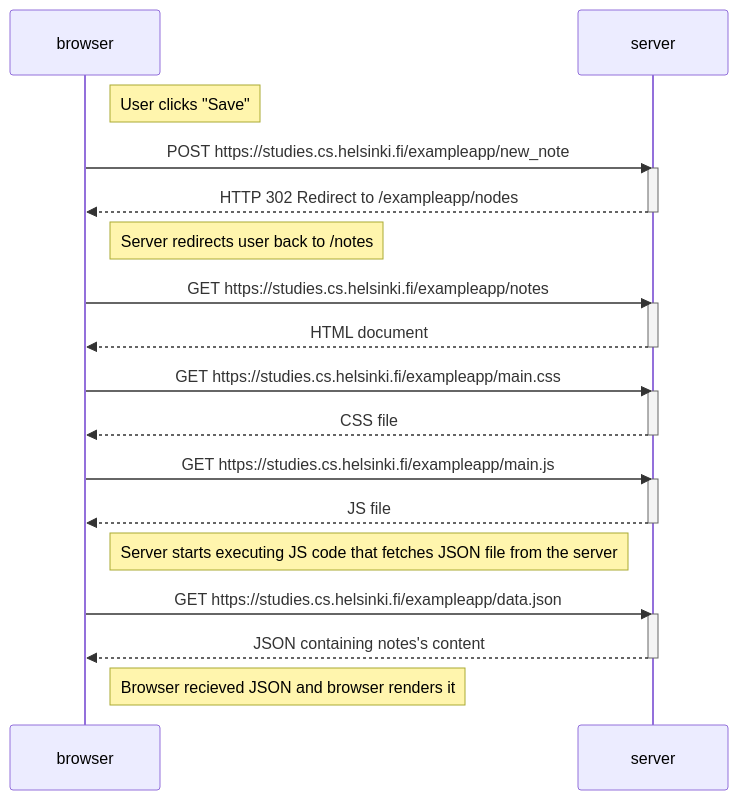
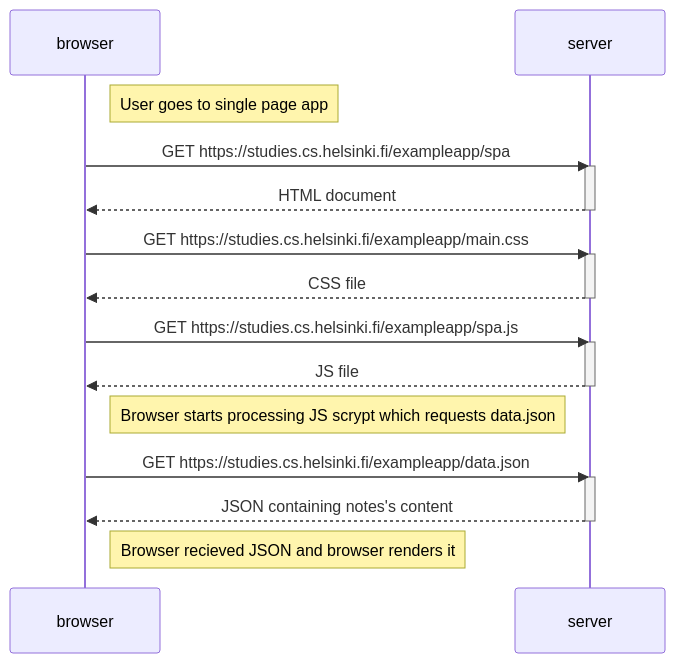
The diagram in part0/0.5_single_page_app_diagram.md (1lu4d/fullstack-open), drawn with Mermaid before and after one commit. The commit also changed 1 other file, not shown here.

Commit message:
PART0: 6 SPA note made Diagram

````diff
--- a/part0/0.5_single_page_app_diagram.md
+++ b/part0/0.5_single_page_app_diagram.md
@@ -1,38 +2,31 @@
 ```mermaid
 sequenceDiagram
     participant browser
     participant server
 
-    Note right of browser: User clicks "Save" 
+    Note right of browser: User goes to single page app
 
-    browser ->>server: POST https://studies.cs.helsinki.fi/exampleapp/new_note
-    activate server
-    server-->>browser: HTTP 302 Redirect to /exampleapp/nodes
-    deactivate server
-
-    Note right of browser: Server redirects user back to /notes
-
-    browser->>server: GET https://studies.cs.helsinki.fi/exampleapp/notes
+    browser ->>server: GET https://studies.cs.helsinki.fi/exampleapp/spa
     activate server
     server-->>browser: HTML document
     deactivate server
 
     browser->>server: GET https://studies.cs.helsinki.fi/exampleapp/main.css
     activate server
     server-->>browser: CSS file
     deactivate server
 
-    browser->>server: GET https://studies.cs.helsinki.fi/exampleapp/main.js
+    browser->>server: GET https://studies.cs.helsinki.fi/exampleapp/spa.js
     activate server
     server-->>browser: JS file
     deactivate server
 
-    Note right of browser: Server starts executing JS code that fetches JSON file from the server
+    Note right of browser: Browser starts processing JS scrypt which requests data.json
 
     browser->>server: GET https://studies.cs.helsinki.fi/exampleapp/data.json
     activate server
     server-->>browser: JSON containing notes's content
     deactivate server
 
     Note right of browser: Browser recieved JSON and browser renders it
 ```
````
